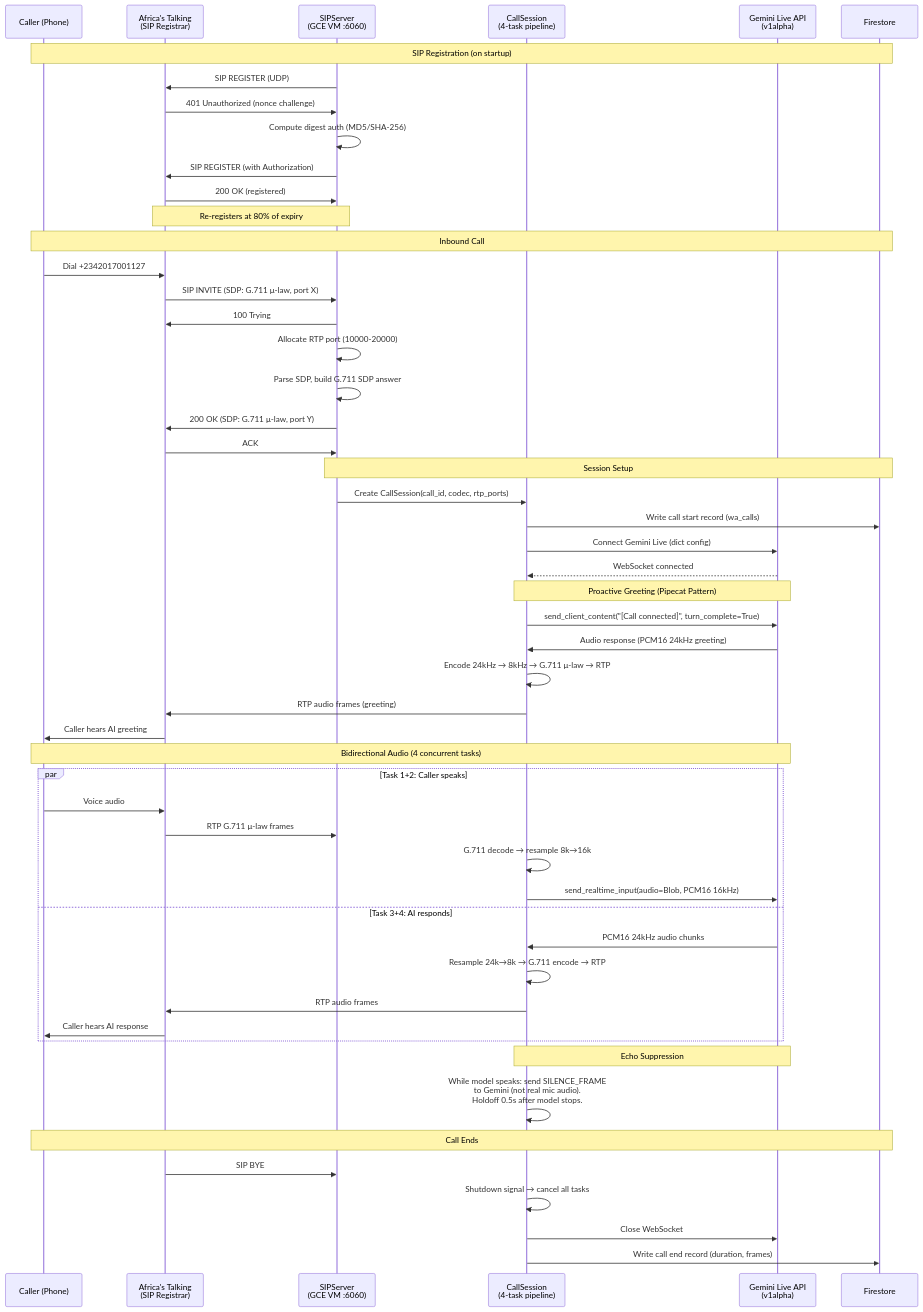
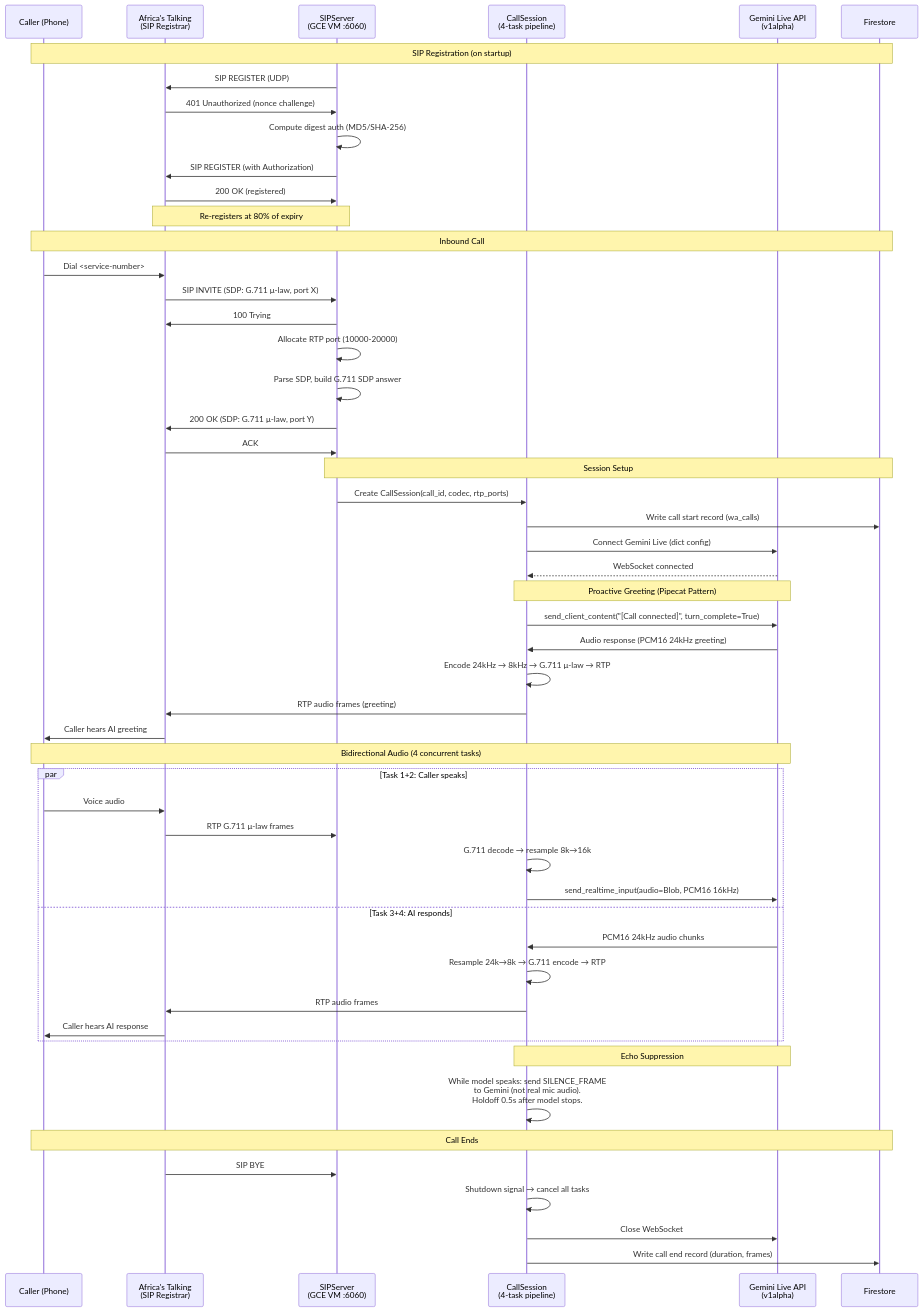
One commit to ogabasseyy/ekaette changed the second of 5 diagrams in docs/architecture/04-telephony.md. Above: the diagram before and after it, drawn with Mermaid. The commit also changed other lines of this file and 26 other files, not shown here.

````diff
--- a/docs/architecture/04-telephony.md
+++ b/docs/architecture/04-telephony.md
@@ -90,62 +90,62 @@
 ```mermaid
 sequenceDiagram
     participant CALLER as Caller (Phone)
     participant AT as Africa's Talking<br/>(SIP Registrar)
     participant SIP as SIPServer<br/>(GCE VM :6060)
     participant SESS as CallSession<br/>(4-task pipeline)
     participant GEMINI as Gemini Live API<br/>(v1alpha)
     participant FS as Firestore
 
     Note over CALLER,FS: SIP Registration (on startup)
     SIP->>AT: SIP REGISTER (UDP)
     AT->>SIP: 401 Unauthorized (nonce challenge)
     SIP->>SIP: Compute digest auth (MD5/SHA-256)
     SIP->>AT: SIP REGISTER (with Authorization)
     AT->>SIP: 200 OK (registered)
     Note over SIP,AT: Re-registers at 80% of expiry
 
     Note over CALLER,FS: Inbound Call
-    CALLER->>AT: Dial +2342017001127
+    CALLER->>AT: Dial <service-number>
     AT->>SIP: SIP INVITE (SDP: G.711 μ-law, port X)
     SIP->>AT: 100 Trying
     SIP->>SIP: Allocate RTP port (10000-20000)
     SIP->>SIP: Parse SDP, build G.711 SDP answer
     SIP->>AT: 200 OK (SDP: G.711 μ-law, port Y)
     AT->>SIP: ACK
 
     Note over SIP,FS: Session Setup
     SIP->>SESS: Create CallSession(call_id, codec, rtp_ports)
     SESS->>FS: Write call start record (wa_calls)
     SESS->>GEMINI: Connect Gemini Live (dict config)
     GEMINI-->>SESS: WebSocket connected
 
     Note over SESS,GEMINI: Proactive Greeting (Pipecat Pattern)
     SESS->>GEMINI: send_client_content("[Call connected]", turn_complete=True)
     GEMINI->>SESS: Audio response (PCM16 24kHz greeting)
     SESS->>SESS: Encode 24kHz → 8kHz → G.711 μ-law → RTP
     SESS->>AT: RTP audio frames (greeting)
     AT->>CALLER: Caller hears AI greeting
 
     Note over CALLER,GEMINI: Bidirectional Audio (4 concurrent tasks)
 
     par Task 1+2: Caller speaks
         CALLER->>AT: Voice audio
         AT->>SIP: RTP G.711 μ-law frames
         SESS->>SESS: G.711 decode → resample 8k→16k
         SESS->>GEMINI: send_realtime_input(audio=Blob, PCM16 16kHz)
     and Task 3+4: AI responds
         GEMINI->>SESS: PCM16 24kHz audio chunks
         SESS->>SESS: Resample 24k→8k → G.711 encode → RTP
         SESS->>AT: RTP audio frames
         AT->>CALLER: Caller hears AI response
     end
 
     Note over SESS,GEMINI: Echo Suppression
     SESS->>SESS: While model speaks: send SILENCE_FRAME<br/>to Gemini (not real mic audio).<br/>Holdoff 0.5s after model stops.
 
     Note over CALLER,FS: Call Ends
     AT->>SIP: SIP BYE
     SESS->>SESS: Shutdown signal → cancel all tasks
     SESS->>GEMINI: Close WebSocket
     SESS->>FS: Write call end record (duration, frames)
 ```
````
